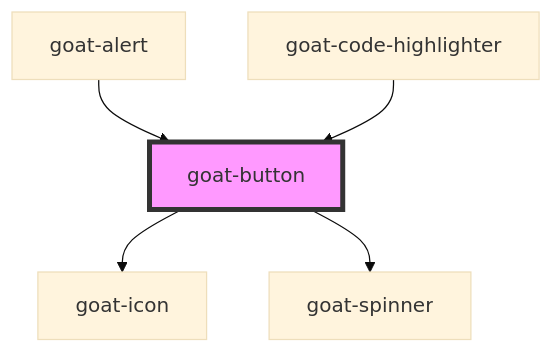
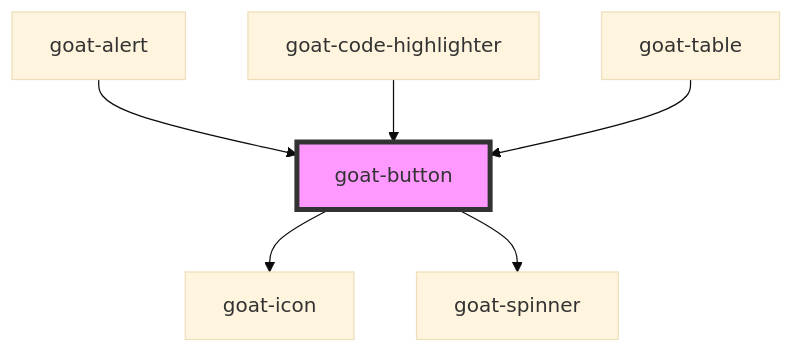
The diagram in src/components/form/button/readme.md (goatui/components), drawn with Mermaid (base theme) before and after one commit. The commit also changed other lines of this file and 15 other files, not shown here.

````diff
--- a/src/components/form/button/readme.md
+++ b/src/components/form/button/readme.md
@@ -60,8 +61,9 @@
 ```mermaid
 graph TD;
   goat-button --> goat-icon
   goat-button --> goat-spinner
   goat-alert --> goat-button
   goat-code-highlighter --> goat-button
+  goat-table --> goat-button
   style goat-button fill:#f9f,stroke:#333,stroke-width:4px
 ```
````
